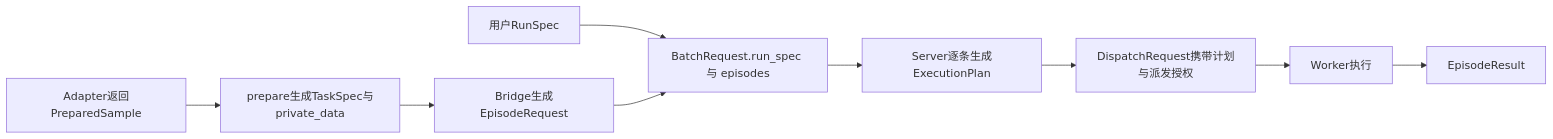
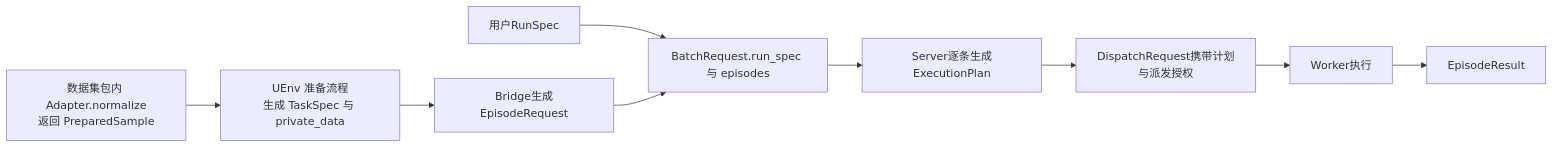
One commit to audreyyan1015/uenv_design changed the seventh of 18 diagrams in docs/uenv_design.md. Above: the diagram before and after it, drawn with Mermaid. The commit also changed other lines of this file and 174 other files, not shown here.

````diff
--- a/docs/uenv_design.md
+++ b/docs/uenv_design.md
@@ -417,11 +417,11 @@
 ```mermaid
 flowchart LR
-  A[Adapter返回PreparedSample] --> T[prepare生成TaskSpec与private_data]
+  A[数据集包内 Adapter.normalize<br/>返回 PreparedSample] --> T[UEnv 准备流程<br/>生成 TaskSpec 与 private_data]
   T --> E[Bridge生成EpisodeRequest]
   R[用户RunSpec] --> B[BatchRequest.run_spec 与 episodes]
   E --> B
   B --> P[Server逐条生成ExecutionPlan]
   P --> D[DispatchRequest携带计划与派发授权]
   D --> W[Worker执行]
   W --> O[EpisodeResult]
 ```
````
